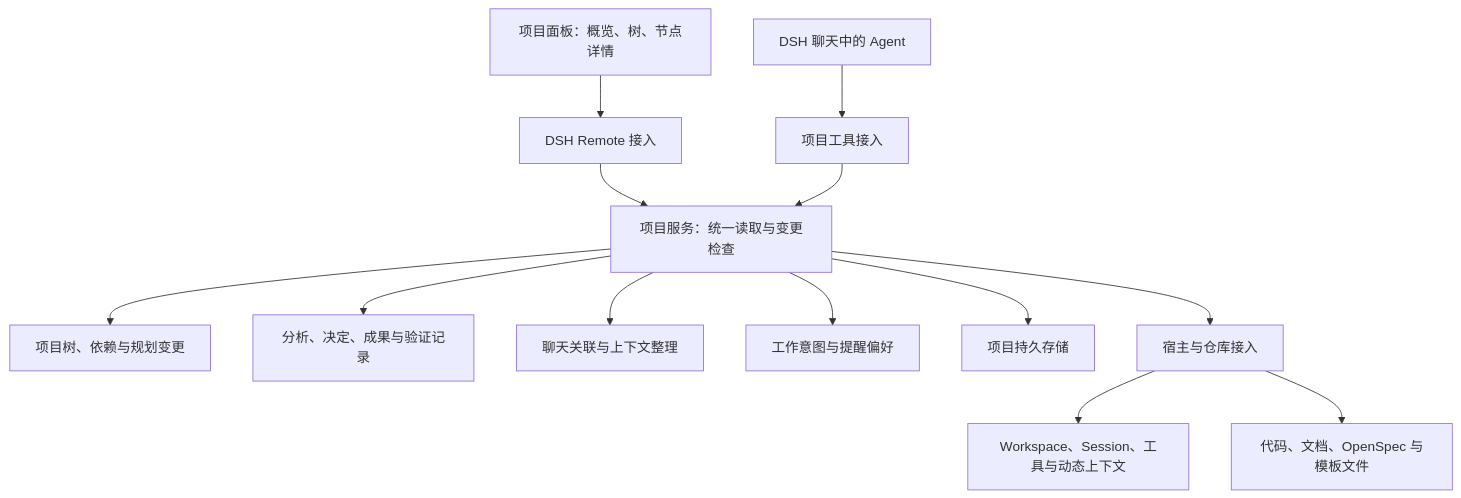
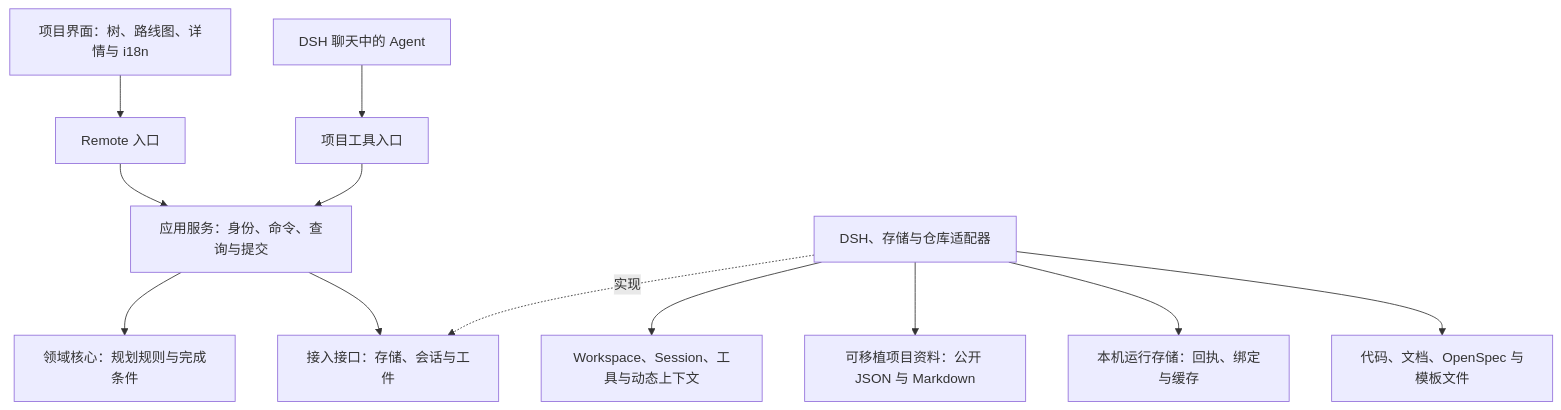
The diagram in docs/architecture/2026-11-11-project-development-architecture.md (pomelotea-yuzu/dsh-cona), drawn with Mermaid before and after one commit. The commit also changed other lines of this file and 22 other files, not shown here.

Commit message:
docs: 完善插件架构、路线图与跨 Agent 数据协作设计

````diff
--- a/docs/architecture/2026-11-11-project-development-architecture.md
+++ b/docs/architecture/2026-11-11-project-development-architecture.md
@@ -19,15 +21,14 @@
 ```mermaid
 flowchart TD
-    UI[项目面板：概览、树、节点详情] --> REMOTE[DSH Remote 接入]
-    CHAT[DSH 聊天中的 Agent] --> TOOLS[项目工具接入]
-    REMOTE --> SERVICE[项目服务：统一读取与变更检查]
-    TOOLS --> SERVICE
-    SERVICE --> PLAN[项目树、依赖与规划变更]
-    SERVICE --> RECORD[分析、决定、成果与验证记录]
-    SERVICE --> CONTEXT[聊天关联与上下文整理]
-    SERVICE --> POLICY[工作意图与提醒偏好]
-    SERVICE --> STORE[项目持久存储]
-    SERVICE --> ADAPTERS[宿主与仓库接入]
+    UI[项目界面：树、路线图、详情与 i18n] --> REMOTE[Remote 入口]
+    CHAT[DSH 聊天中的 Agent] --> TOOLS[项目工具入口]
+    REMOTE --> APP[应用服务：身份、命令、查询与提交]
+    TOOLS --> APP
+    APP --> CORE[领域核心：规划规则与完成条件]
+    APP --> PORTS[接入接口：存储、会话与工件]
+    ADAPTERS[DSH、存储与仓库适配器] -. 实现 .-> PORTS
     ADAPTERS --> DSH[Workspace、Session、工具与动态上下文]
+    ADAPTERS --> PORTABLE[可移植项目资料：公开 JSON 与 Markdown]
+    ADAPTERS --> STORE[本机运行存储：回执、绑定与缓存]
     ADAPTERS --> REPO[代码、文档、OpenSpec 与模板文件]
 ```
````
